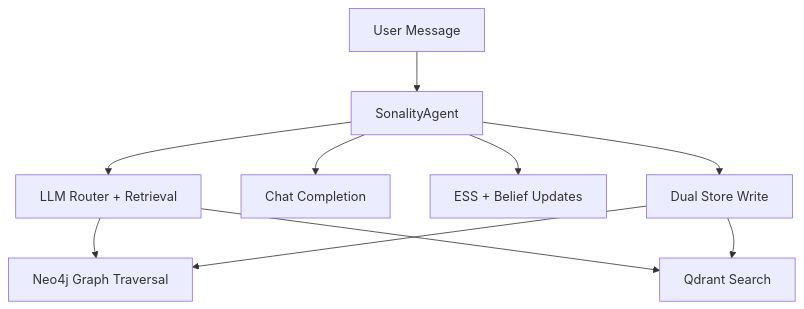
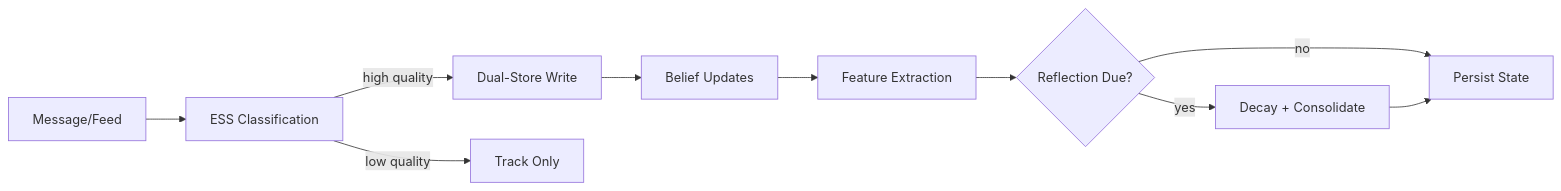
One commit to Okm165/Sonality changed the second of 2 diagrams in docs/index.md. Above: the diagram before and after it, drawn with Mermaid. The commit also changed other lines of this file and 1 other file, not shown here.

````diff
--- a/docs/index.md
+++ b/docs/index.md
@@ -11,12 +69,12 @@
 ```mermaid
-flowchart TD
-    U[User Message] --> A[SonalityAgent]
-    A --> R[LLM Router + Retrieval]
-    R --> G[Neo4j Graph Traversal]
-    R --> V[Qdrant Search]
-    A --> C[Chat Completion]
-    A --> E[ESS + Belief Updates]
-    A --> S[Dual Store Write]
-    S --> G
-    S --> V
+flowchart LR
+    Input[Message/Feed] --> ESS[ESS Classification]
+    ESS -->|high quality| Store[Dual-Store Write]
+    ESS -->|low quality| Skip[Track Only]
+    Store --> Beliefs[Belief Updates]
+    Beliefs --> Features[Feature Extraction]
+    Features --> Reflect{Reflection Due?}
+    Reflect -->|yes| Consolidate[Decay + Consolidate]
+    Reflect -->|no| Done[Persist State]
+    Consolidate --> Done
 ```
````
